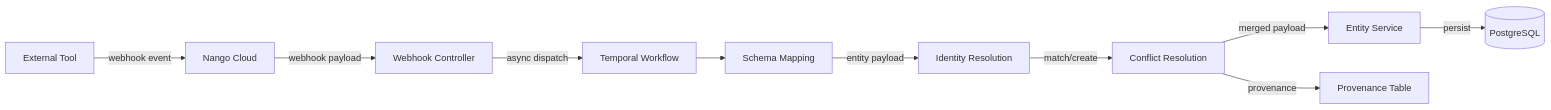
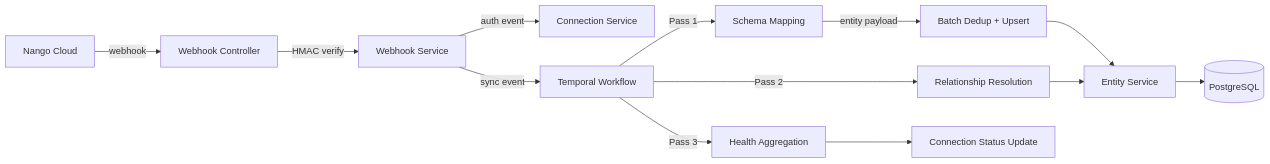
One commit to rmr-studio/riven changed the second of 3 diagrams in docs/system-design/feature-design/_Sub-Domain Plans/Entity Integration Sync.md. Above: the diagram before and after it, drawn with Mermaid. The commit also changed other lines of this file and 5 other files, not shown here.

````diff
--- a/docs/system-design/feature-design/_Sub-Domain Plans/Entity Integration Sync.md
+++ b/docs/system-design/feature-design/_Sub-Domain Plans/Entity Integration Sync.md
@@ -90,12 +95,15 @@
 ```mermaid
 flowchart LR
-    A[External Tool] -->|webhook event| B[Nango Cloud]
-    B -->|webhook payload| C[Webhook Controller]
-    C -->|async dispatch| D[Temporal Workflow]
-    D --> E[Schema Mapping]
-    E -->|entity payload| F[Identity Resolution]
-    F -->|match/create| G[Conflict Resolution]
-    G -->|merged payload| H[Entity Service]
-    H -->|persist| I[(PostgreSQL)]
-    G -->|provenance| J[Provenance Table]
+    A[Nango Cloud] -->|webhook| B[Webhook Controller]
+    B -->|HMAC verify| C[Webhook Service]
+    C -->|auth event| D[Connection Service]
+    C -->|sync event| E[Temporal Workflow]
+    E -->|Pass 1| F[Schema Mapping]
+    F -->|entity payload| G[Batch Dedup + Upsert]
+    G --> H[Entity Service]
+    H --> I[(PostgreSQL)]
+    E -->|Pass 2| J[Relationship Resolution]
+    J --> H
+    E -->|Pass 3| K[Health Aggregation]
+    K --> L[Connection Status Update]
 ```
````
